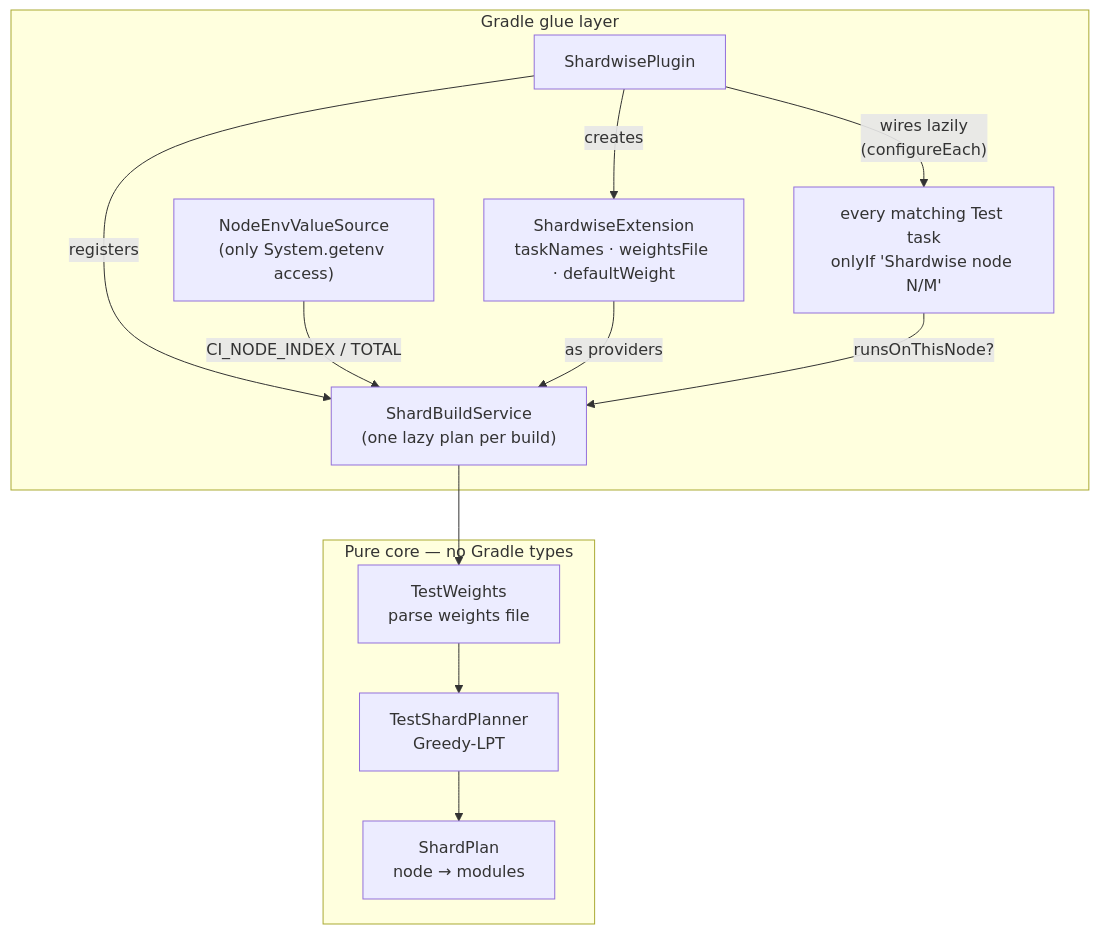
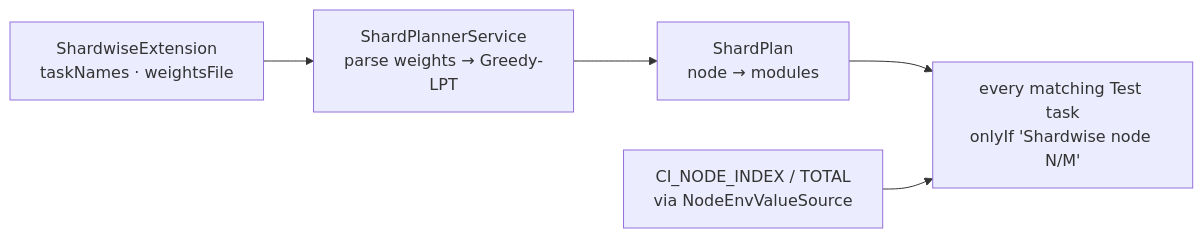
The second of 3 diagrams in docs/how-it-works.md (micschr0/gradle-test-shard-plugin), drawn with Mermaid before and after one commit. The commit also changed other lines of this file and 8 other files, not shown here.

````diff
--- a/docs/how-it-works.md
+++ b/docs/how-it-works.md
@@ -123,22 +132,7 @@
 ```mermaid
-flowchart TB
-    subgraph glue["Gradle glue layer"]
-        EXT["ShardwiseExtension<br/>taskNames · weightsFile · defaultWeight"]
-        PLG["ShardwisePlugin"]
-        VS["NodeEnvValueSource<br/>(only System.getenv access)"]
-        BS["ShardBuildService<br/>(one lazy plan per build)"]
-        TT["every matching Test task<br/>onlyIf 'Shardwise node N/M'"]
-    end
-    subgraph pure["Pure core — no Gradle types"]
-        TW["TestWeights<br/>parse weights file"]
-        PLN["TestShardPlanner<br/>Greedy-LPT"]
-        SP["ShardPlan<br/>node → modules"]
-    end
-    PLG -- "creates" --> EXT
-    PLG -- "registers" --> BS
-    PLG -- "wires lazily<br/>(configureEach)" --> TT
-    VS -- "CI_NODE_INDEX / TOTAL" --> BS
-    EXT -- "as providers" --> BS
-    TT -- "runsOnThisNode?" --> BS
-    BS --> TW --> PLN --> SP
+flowchart LR
+    CFG["ShardwiseExtension<br/>taskNames · weightsFile"] --> SVC
+    SVC["ShardPlannerService<br/>parse weights → Greedy-LPT"] --> PLAN["ShardPlan<br/>node → modules"]
+    PLAN --> TT["every matching Test task<br/>onlyIf 'Shardwise node N/M'"]
+    ENV["CI_NODE_INDEX / TOTAL<br/>via NodeEnvValueSource"] --> TT
 ```
````
